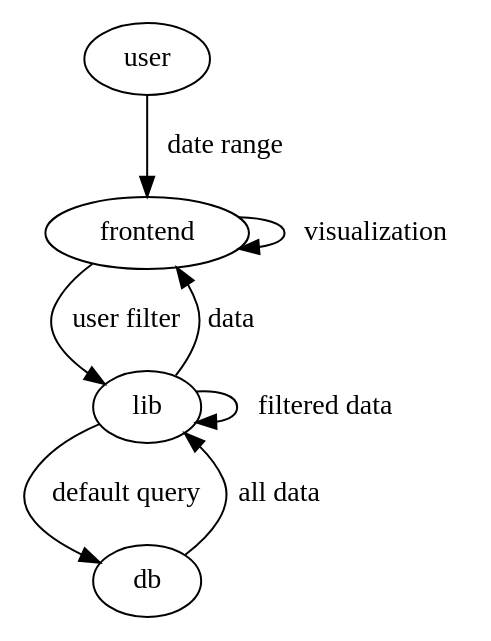
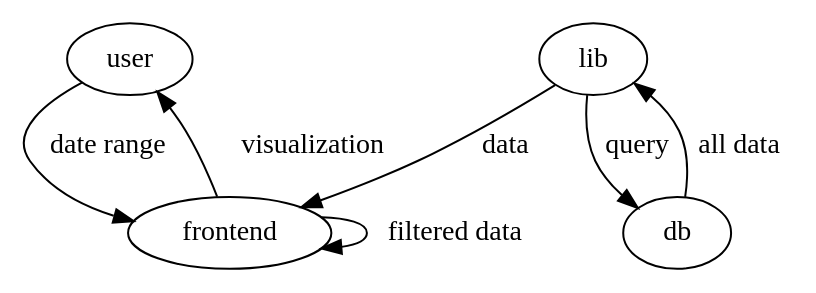
Before and after one commit to Sh4pe/pynance: the diagram in docs/graphs/usecase_db-query.dot, drawn with Graphviz. The commit also changed 5 other files, not shown here.

Commit message:
updated diagrams to results of recent discussions. closes #4

```diff
--- a/docs/graphs/usecase_db-query.dot
+++ b/docs/graphs/usecase_db-query.dot
@@ -1,9 +1,8 @@
 digraph {
     user -> frontend [label = "date range"]
-    frontend -> lib [label = "user filter"]
-    lib -> db [label = "default query"]
+    frontend -> frontend [label = "filtered data"]
+    lib -> db [label = "query"]
     db -> lib [label = "all data"]
-    lib -> lib [label = "filtered data"]
-    lib -> frontend [label = data]
-    frontend -> frontend [label = visualization]
+    lib -> frontend [label = "data"]
+    frontend -> user [label = "   visualization"]
 }
```
